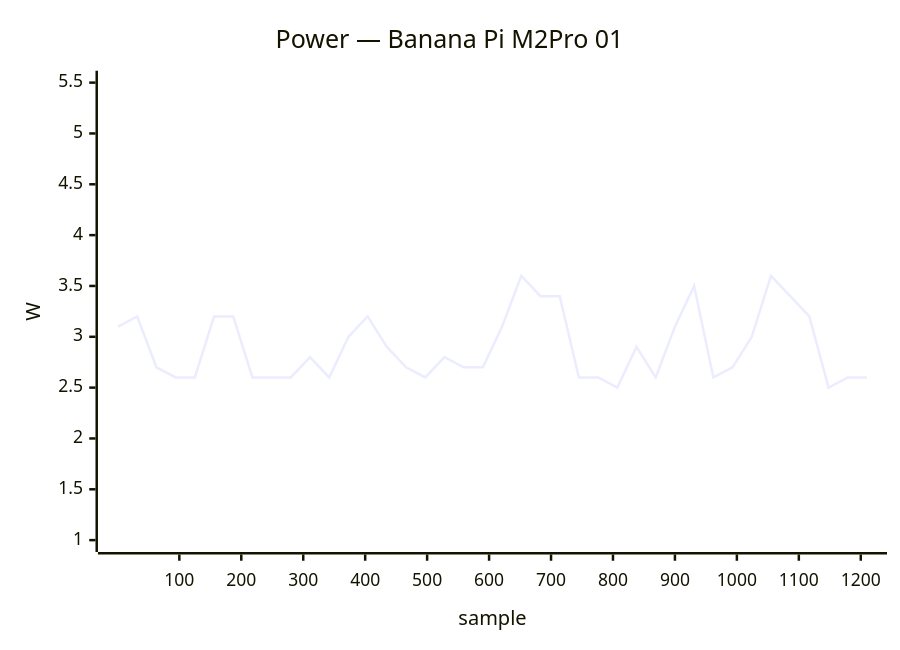
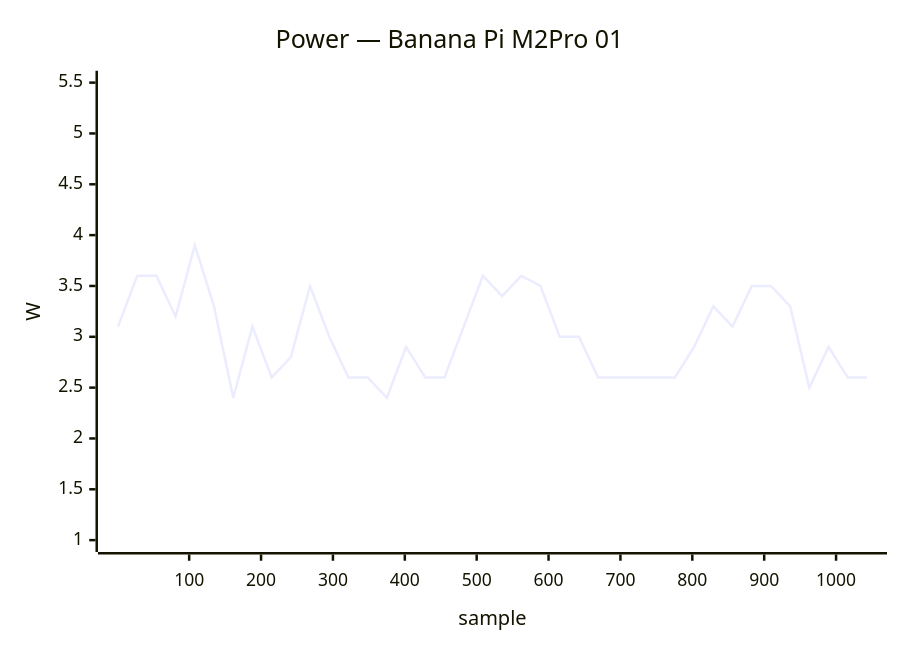
The sixth of 48 diagrams in docs/status/board-tests.md (armbian/documentation), drawn with Mermaid before and after one commit. The commit also changed other lines of this file, not shown here.

````diff
--- a/docs/status/board-tests.md
+++ b/docs/status/board-tests.md
@@ -221,7 +334,7 @@
 ```mermaid
 xychart-beta
     title "Power — Banana Pi M2Pro 01"
-    x-axis "sample" 1 --> 1210
+    x-axis "sample" 1 --> 1043
     y-axis "W" 1.0 --> 5.5
-    line [3.1, 3.2, 2.7, 2.6, 2.6, 3.2, 3.2, 2.6, 2.6, 2.6, 2.8, 2.6, 3.0, 3.2, 2.9, 2.7, 2.6, 2.8, 2.7, 2.7, 3.1, 3.6, 3.4, 3.4, 2.6, 2.6, 2.5, 2.9, 2.6, 3.1, 3.5, 2.6, 2.7, 3.0, 3.6, 3.4, 3.2, 2.5, 2.6, 2.6]
+    line [3.1, 3.6, 3.6, 3.2, 3.9, 3.3, 2.4, 3.1, 2.6, 2.8, 3.5, 3.0, 2.6, 2.6, 2.4, 2.9, 2.6, 2.6, 3.1, 3.6, 3.4, 3.6, 3.5, 3.0, 3.0, 2.6, 2.6, 2.6, 2.6, 2.6, 2.9, 3.3, 3.1, 3.5, 3.5, 3.3, 2.5, 2.9, 2.6, 2.6]
 ```
````
